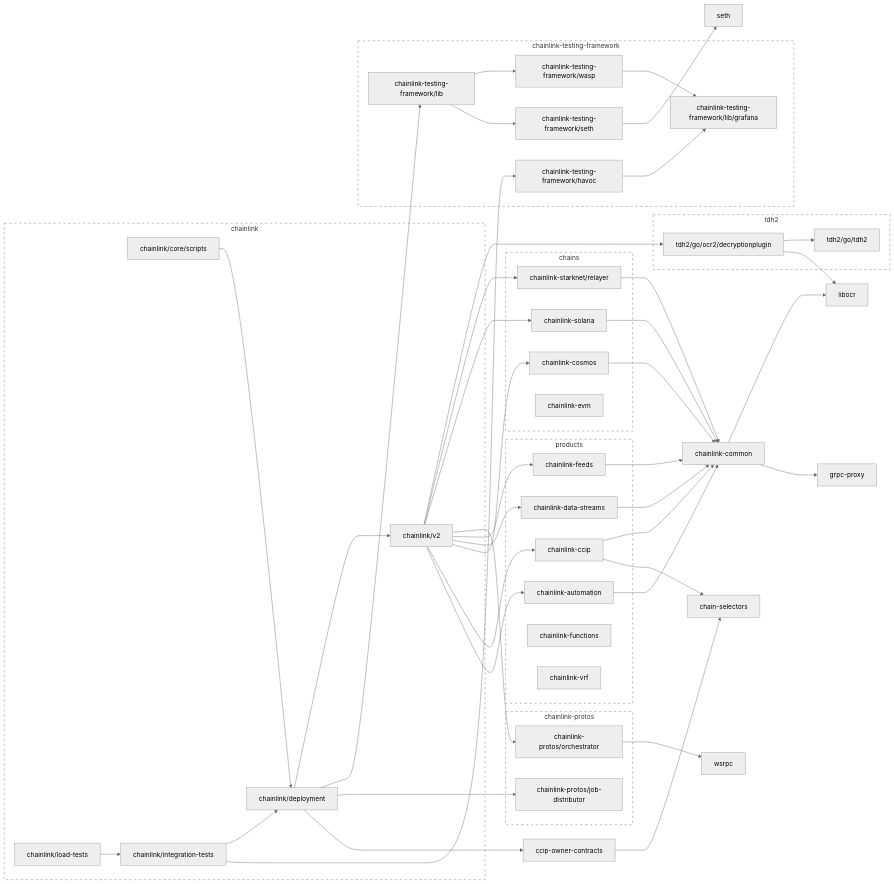
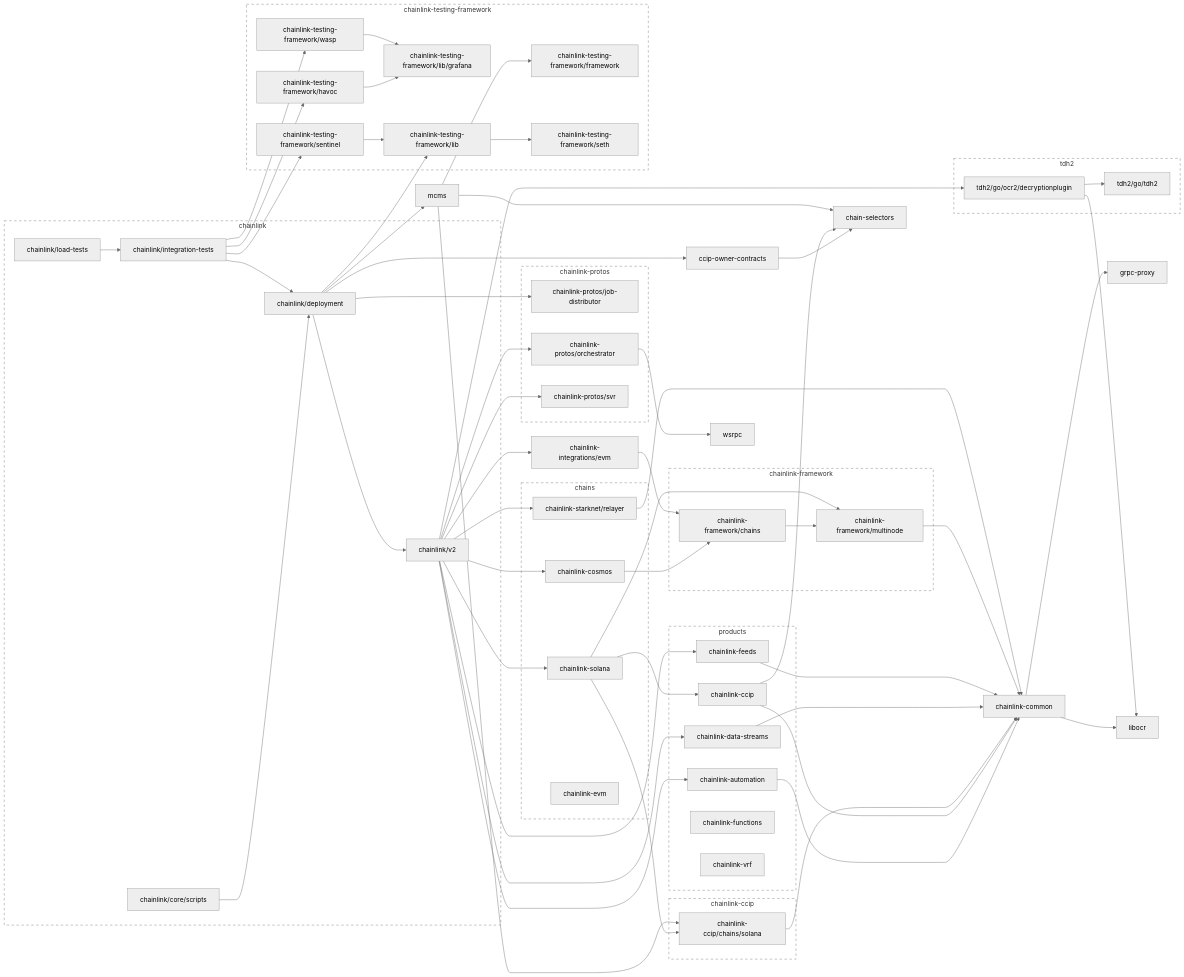
Before and after one commit to JohnDaWalka/chainlink: the second of 2 diagrams in go.md, drawn with Mermaid (neutral theme). The commit also changed other lines of this file and 3076 other files, not shown here.

````diff
--- a/go.md
+++ b/go.md
@@ -105,31 +136,46 @@
 	chainlink-ccip --> chain-selectors
 	chainlink-ccip --> chainlink-common
 	click chainlink-ccip href "https://github.com/smartcontractkit/chainlink-ccip"
+	chainlink-ccip/chains/solana --> chainlink-common
+	click chainlink-ccip/chains/solana href "https://github.com/smartcontractkit/chainlink-ccip"
 	chainlink-common --> grpc-proxy
 	chainlink-common --> libocr
 	click chainlink-common href "https://github.com/smartcontractkit/chainlink-common"
-	chainlink-cosmos --> chainlink-common
+	chainlink-cosmos --> chainlink-framework/chains
 	click chainlink-cosmos href "https://github.com/smartcontractkit/chainlink-cosmos"
 	chainlink-data-streams --> chainlink-common
 	click chainlink-data-streams href "https://github.com/smartcontractkit/chainlink-data-streams"
 	chainlink-feeds --> chainlink-common
 	click chainlink-feeds href "https://github.com/smartcontractkit/chainlink-feeds"
+	chainlink-framework/chains --> chainlink-framework/multinode
+	click chainlink-framework/chains href "https://github.com/smartcontractkit/chainlink-framework"
+	chainlink-framework/multinode --> chainlink-common
+	click chainlink-framework/multinode href "https://github.com/smartcontractkit/chainlink-framework"
+	chainlink-integrations/evm --> chainlink-framework/chains
+	click chainlink-integrations/evm href "https://github.com/smartcontractkit/chainlink-integrations"
 	chainlink-protos/job-distributor
 	click chainlink-protos/job-distributor href "https://github.com/smartcontractkit/chainlink-protos"
 	chainlink-protos/orchestrator --> wsrpc
 	click chainlink-protos/orchestrator href "https://github.com/smartcontractkit/chainlink-protos"
-	chainlink-solana --> chainlink-common
+	chainlink-protos/svr
+	click chainlink-protos/svr href "https://github.com/smartcontractkit/chainlink-protos"
+	chainlink-solana --> chainlink-ccip
+	chainlink-solana --> chainlink-ccip/chains/solana
+	chainlink-solana --> chainlink-framework/multinode
 	click chainlink-solana href "https://github.com/smartcontractkit/chainlink-solana"
 	chainlink-starknet/relayer --> chainlink-common
 	click chainlink-starknet/relayer href "https://github.com/smartcontractkit/chainlink-starknet"
+	chainlink-testing-framework/framework
+	click chainlink-testing-framework/framework href "https://github.com/smartcontractkit/chainlink-testing-framework"
 	chainlink-testing-framework/havoc --> chainlink-testing-framework/lib/grafana
 	click chainlink-testing-framework/havoc href "https://github.com/smartcontractkit/chainlink-testing-framework"
 	chainlink-testing-framework/lib --> chainlink-testing-framework/seth
-	chainlink-testing-framework/lib --> chainlink-testing-framework/wasp
 	click chainlink-testing-framework/lib href "https://github.com/smartcontractkit/chainlink-testing-framework"
 	chainlink-testing-framework/lib/grafana
 	click chainlink-testing-framework/lib/grafana href "https://github.com/smartcontractkit/chainlink-testing-framework"
-	chainlink-testing-framework/seth --> seth
+	chainlink-testing-framework/sentinel --> chainlink-testing-framework/lib
+	click chainlink-testing-framework/sentinel href "https://github.com/smartcontractkit/chainlink-testing-framework"
+	chainlink-testing-framework/seth
 	click chainlink-testing-framework/seth href "https://github.com/smartcontractkit/chainlink-testing-framework"
 	chainlink-testing-framework/wasp --> chainlink-testing-framework/lib/grafana
 	click chainlink-testing-framework/wasp href "https://github.com/smartcontractkit/chainlink-testing-framework"
@@ -139,18 +185,22 @@
 	chainlink/deployment --> chainlink-protos/job-distributor
 	chainlink/deployment --> chainlink-testing-framework/lib
 	chainlink/deployment --> chainlink/v2
+	chainlink/deployment --> mcms
 	click chainlink/deployment href "https://github.com/smartcontractkit/chainlink"
 	chainlink/integration-tests --> chainlink-testing-framework/havoc
+	chainlink/integration-tests --> chainlink-testing-framework/sentinel
+	chainlink/integration-tests --> chainlink-testing-framework/wasp
 	chainlink/integration-tests --> chainlink/deployment
 	click chainlink/integration-tests href "https://github.com/smartcontractkit/chainlink"
 	chainlink/load-tests --> chainlink/integration-tests
 	click chainlink/load-tests href "https://github.com/smartcontractkit/chainlink"
 	chainlink/v2 --> chainlink-automation
-	chainlink/v2 --> chainlink-ccip
 	chainlink/v2 --> chainlink-cosmos
 	chainlink/v2 --> chainlink-data-streams
 	chainlink/v2 --> chainlink-feeds
+	chainlink/v2 --> chainlink-integrations/evm
 	chainlink/v2 --> chainlink-protos/orchestrator
+	chainlink/v2 --> chainlink-protos/svr
 	chainlink/v2 --> chainlink-solana
 	chainlink/v2 --> chainlink-starknet/relayer
 	chainlink/v2 --> tdh2/go/ocr2/decryptionplugin
@@ -159,8 +209,10 @@
 	click grpc-proxy href "https://github.com/smartcontractkit/grpc-proxy"
 	libocr
 	click libocr href "https://github.com/smartcontractkit/libocr"
-	seth
-	click seth href "https://github.com/smartcontractkit/seth"
+	mcms --> chain-selectors
+	mcms --> chainlink-ccip/chains/solana
+	mcms --> chainlink-testing-framework/framework
+	click mcms href "https://github.com/smartcontractkit/mcms"
 	tdh2/go/ocr2/decryptionplugin --> libocr
 	tdh2/go/ocr2/decryptionplugin --> tdh2/go/tdh2
 	click tdh2/go/ocr2/decryptionplugin href "https://github.com/smartcontractkit/tdh2"
@@ -178,16 +230,31 @@
 	end
 	click chainlink-repo href "https://github.com/smartcontractkit/chainlink"
 
+	subgraph chainlink-ccip-repo[chainlink-ccip]
+		 chainlink-ccip
+		 chainlink-ccip/chains/solana
+	end
+	click chainlink-ccip-repo href "https://github.com/smartcontractkit/chainlink-ccip"
+
+	subgraph chainlink-framework-repo[chainlink-framework]
+		 chainlink-framework/chains
+		 chainlink-framework/multinode
+	end
+	click chainlink-framework-repo href "https://github.com/smartcontractkit/chainlink-framework"
+
 	subgraph chainlink-protos-repo[chainlink-protos]
 		 chainlink-protos/job-distributor
 		 chainlink-protos/orchestrator
+		 chainlink-protos/svr
 	end
 	click chainlink-protos-repo href "https://github.com/smartcontractkit/chainlink-protos"
 
 	subgraph chainlink-testing-framework-repo[chainlink-testing-framework]
+		 chainlink-testing-framework/framework
 		 chainlink-testing-framework/havoc
 		 chainlink-testing-framework/lib
 		 chainlink-testing-framework/lib/grafana
+		 chainlink-testing-framework/sentinel
 		 chainlink-testing-framework/seth
 		 chainlink-testing-framework/wasp
 	end
@@ -200,5 +267,5 @@
 	click tdh2-repo href "https://github.com/smartcontractkit/tdh2"
 
 	classDef outline stroke-dasharray:6,fill:none;
-	class chainlink-repo,chainlink-protos-repo,chainlink-testing-framework-repo,tdh2-repo outline
+	class chainlink-repo,chainlink-ccip-repo,chainlink-framework-repo,chainlink-protos-repo,chainlink-testing-framework-repo,tdh2-repo outline
 ```
````
